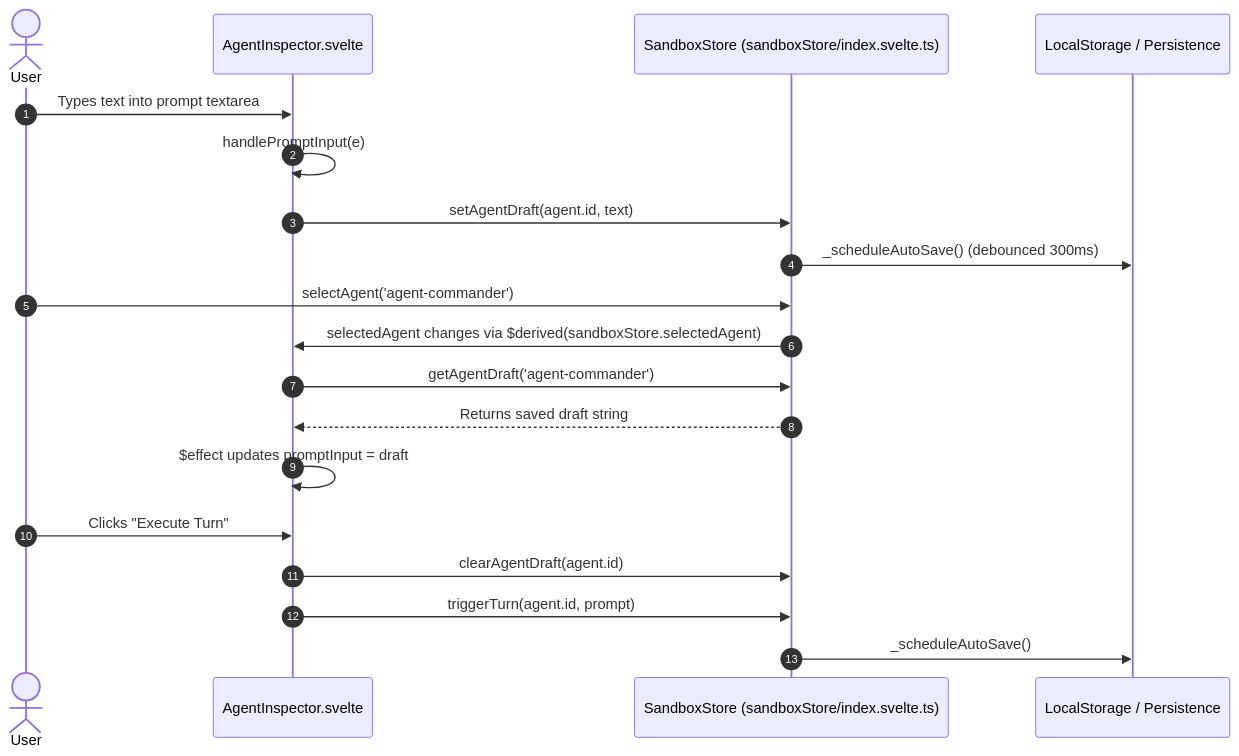
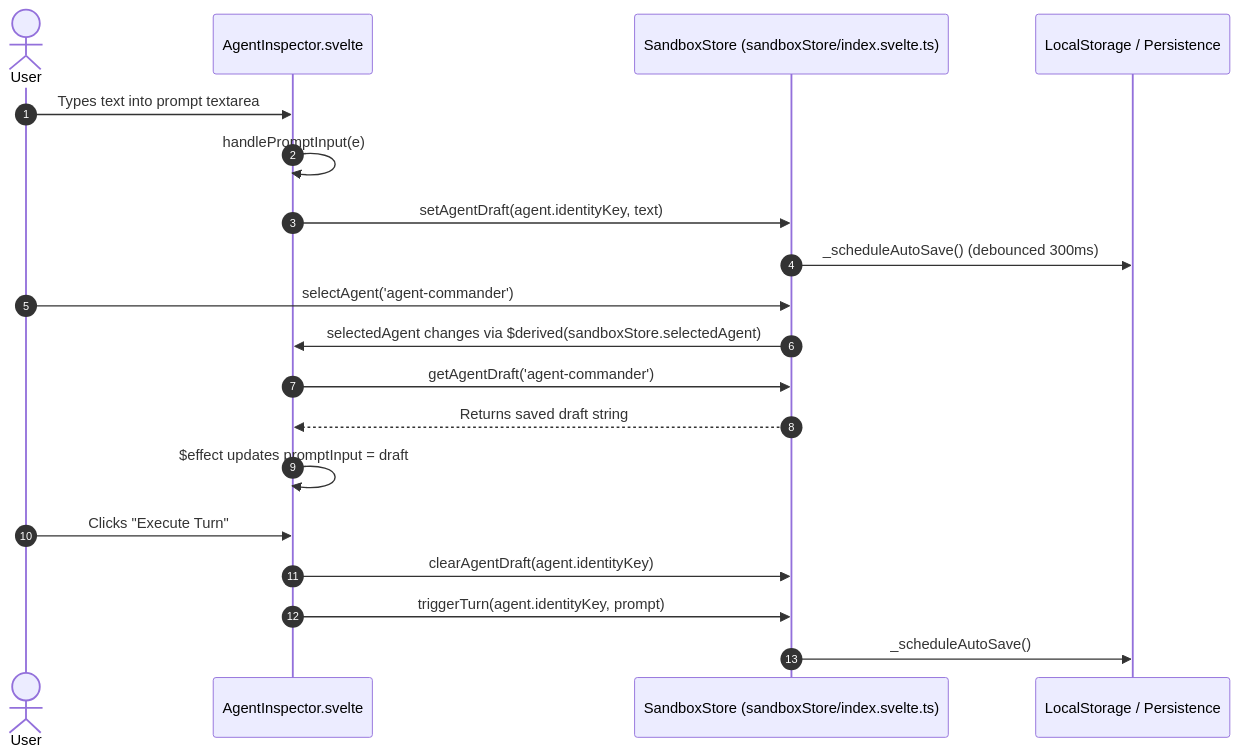
Before and after one commit to crestfallnafterdark/nightcurtain: the third of 5 diagrams in docs/ui/agent_inspector.md, drawn with Mermaid. The commit also changed other lines of this file and 3 other files, not shown here.

````diff
--- a/docs/ui/agent_inspector.md
+++ b/docs/ui/agent_inspector.md
@@ -133,24 +133,24 @@
 ```mermaid
 sequenceDiagram
     autonumber
     actor User
     participant UI as AgentInspector.svelte
     participant Store as SandboxStore (sandboxStore/index.svelte.ts)
     participant Storage as LocalStorage / Persistence
 
     User->>UI: Types text into prompt textarea
     UI->>UI: handlePromptInput(e)
-    UI->>Store: setAgentDraft(agent.id, text)
+    UI->>Store: setAgentDraft(agent.identityKey, text)
     Store->>Storage: _scheduleAutoSave() (debounced 300ms)
 
     User->>Store: selectAgent('agent-commander')
     Store->>UI: selectedAgent changes via $derived(sandboxStore.selectedAgent)
     UI->>Store: getAgentDraft('agent-commander')
     Store-->>UI: Returns saved draft string
     UI->>UI: $effect updates promptInput = draft
 
     User->>UI: Clicks "Execute Turn"
-    UI->>Store: clearAgentDraft(agent.id)
-    UI->>Store: triggerTurn(agent.id, prompt)
+    UI->>Store: clearAgentDraft(agent.identityKey)
+    UI->>Store: triggerTurn(agent.identityKey, prompt)
     Store->>Storage: _scheduleAutoSave()
 ```
````
